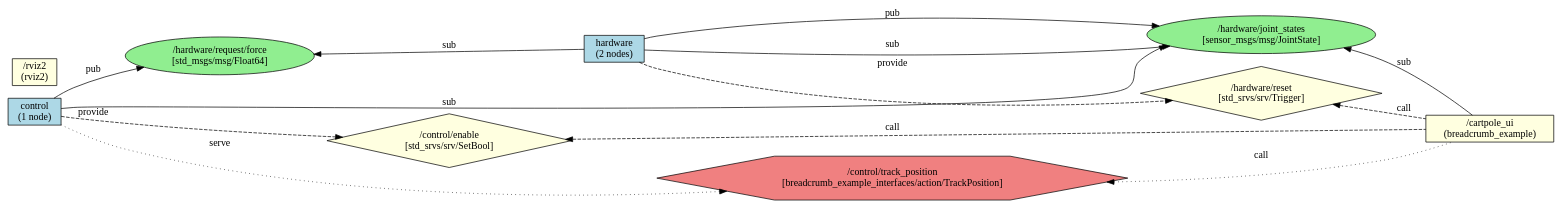
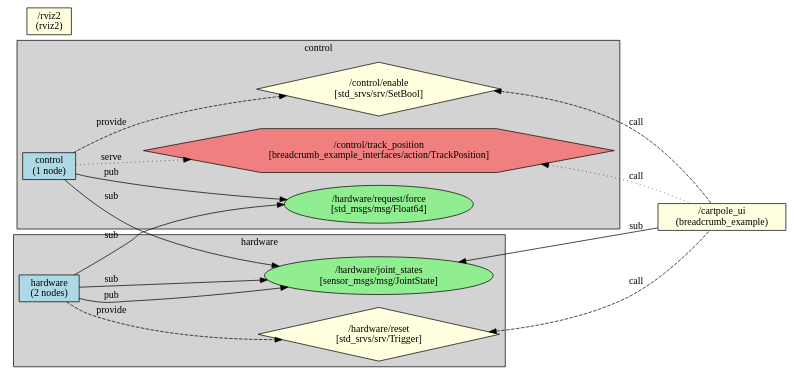
One commit to greenforge-labs/breadcrumb changed the diagram in breadcrumb_example/ros_graphs/graph_toplevel.dot. Above: the diagram before and after it, drawn with Graphviz. The commit also changed 2 other files, not shown here.

Commit message:
update _generate_toplevel_graph to also group by "ownership" of interfaces

```diff
--- a/breadcrumb_example/ros_graphs/graph_toplevel.dot
+++ b/breadcrumb_example/ros_graphs/graph_toplevel.dot
@@ -1,36 +1,47 @@
 digraph ROS2TopLevel {
   rankdir=LR;
   node [shape=box];
 
-  // Groups
-  "control" [label="control\n(1 node)", style=filled, fillcolor=lightblue];
-  "hardware" [label="hardware\n(2 nodes)", style=filled, fillcolor=lightblue];
+  subgraph cluster_control {
+    label="control";
+    style=filled;
+    fillcolor=lightgrey;
+
+    "control" [label="control\n(1 node)", style=filled, fillcolor=lightblue];
+    "/hardware/request/force" [label="/hardware/request/force\n[std_msgs/msg/Float64]", shape=ellipse, style=filled, fillcolor=lightgreen];
+    "/control/enable" [label="/control/enable\n[std_srvs/srv/SetBool]", shape=diamond, style=filled, fillcolor=lightyellow];
+    "/control/track_position" [label="/control/track_position\n[breadcrumb_example_interfaces/action/TrackPosition]", shape=hexagon, style=filled, fillcolor=lightcoral];
+  }
+
+  subgraph cluster_hardware {
+    label="hardware";
+    style=filled;
+    fillcolor=lightgrey;
+
+    "hardware" [label="hardware\n(2 nodes)", style=filled, fillcolor=lightblue];
+    "/hardware/joint_states" [label="/hardware/joint_states\n[sensor_msgs/msg/JointState]", shape=ellipse, style=filled, fillcolor=lightgreen];
+    "/hardware/reset" [label="/hardware/reset\n[std_srvs/srv/Trigger]", shape=diamond, style=filled, fillcolor=lightyellow];
+  }
 
   // Root Namespace Nodes
   "/cartpole_ui" [label="/cartpole_ui\n(breadcrumb_example)", style=filled, fillcolor=lightyellow];
   "/rviz2" [label="/rviz2\n(rviz2)", style=filled, fillcolor=lightyellow];
 
-  // Inter-group Topics
-  "/hardware/joint_states" [label="/hardware/joint_states\n[sensor_msgs/msg/JointState]", shape=ellipse, style=filled, fillcolor=lightgreen];
+  // Topic Edges
   "hardware" -> "/hardware/joint_states" [label="pub"];
   "/hardware/joint_states" -> "/cartpole_ui" [label="sub", dir=back];
   "/hardware/joint_states" -> "control" [label="sub", dir=back];
   "/hardware/joint_states" -> "hardware" [label="sub", dir=back];
-  "/hardware/request/force" [label="/hardware/request/force\n[std_msgs/msg/Float64]", shape=ellipse, style=filled, fillcolor=lightgreen];
   "control" -> "/hardware/request/force" [label="pub"];
   "/hardware/request/force" -> "hardware" [label="sub", dir=back];
 
-  // Inter-group Services
-  "/control/enable" [label="/control/enable\n[std_srvs/srv/SetBool]", shape=diamond, style=filled, fillcolor=lightyellow];
+  // Service Edges
   "control" -> "/control/enable" [label="provide", style=dashed];
   "/control/enable" -> "/cartpole_ui" [label="call", style=dashed, dir=back];
-  "/hardware/reset" [label="/hardware/reset\n[std_srvs/srv/Trigger]", shape=diamond, style=filled, fillcolor=lightyellow];
   "hardware" -> "/hardware/reset" [label="provide", style=dashed];
   "/hardware/reset" -> "/cartpole_ui" [label="call", style=dashed, dir=back];
 
-  // Inter-group Actions
-  "/control/track_position" [label="/control/track_position\n[breadcrumb_example_interfaces/action/TrackPosition]", shape=hexagon, style=filled, fillcolor=lightcoral];
+  // Action Edges
   "control" -> "/control/track_position" [label="serve", style=dotted];
   "/control/track_position" -> "/cartpole_ui" [label="call", style=dotted, dir=back];
-
 }
```
